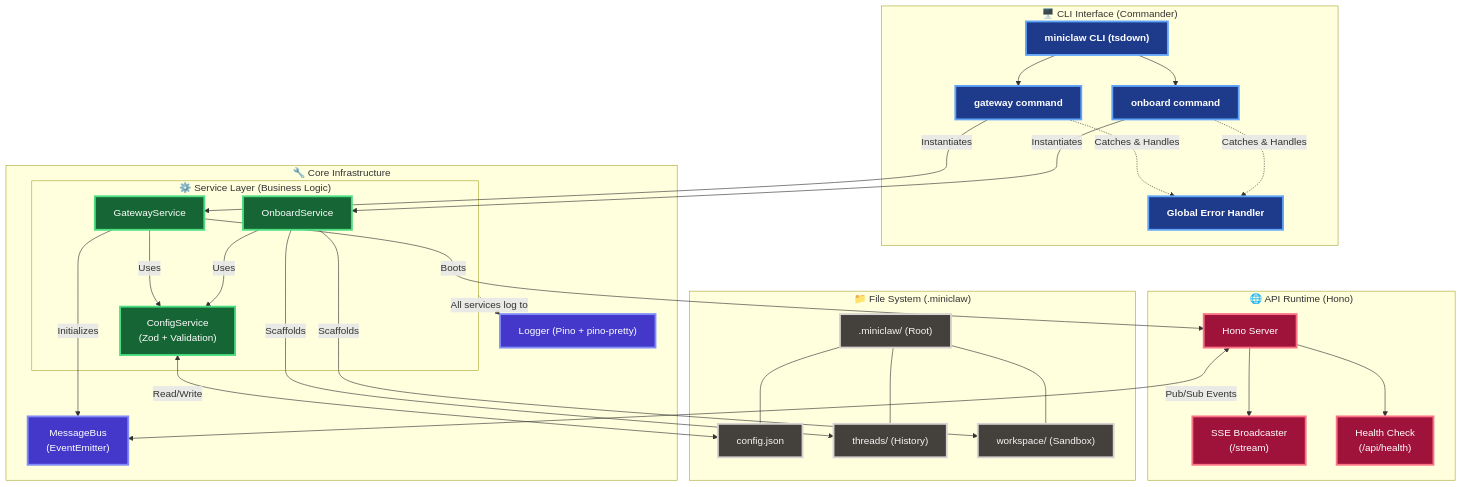
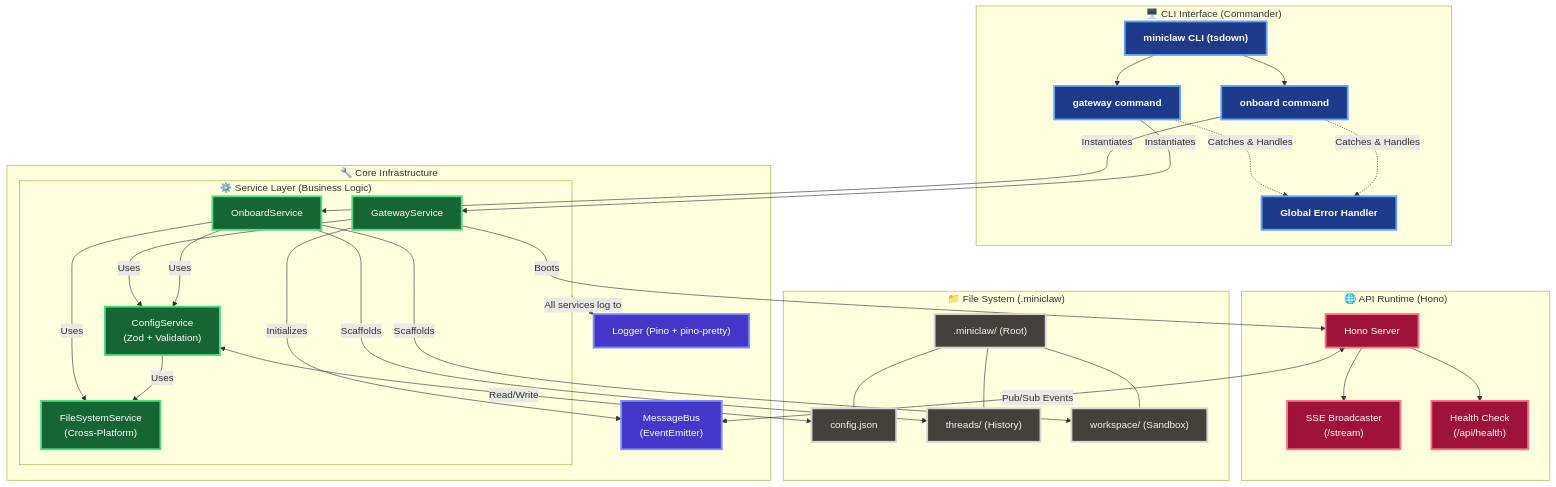
The diagram in miniclaw/docs/feature-tracker.md (zAcherttp/nanobot), drawn with Mermaid before and after one commit. The commit also changed other lines of this file, not shown here.

Commit message:
docs: Add FileSystemService documentation

```diff
--- a/miniclaw/docs/feature-tracker.md
+++ b/miniclaw/docs/feature-tracker.md
@@ -27,12 +27,15 @@
         GatewaySvc["GatewayService"]
         OnboardSvc["OnboardService"]
         ConfigSvc["ConfigService<br/>(Zod + Validation)"]
+        FileSystemSvc["FileSystemService<br/>(Cross-Platform)"]
         
         GatewayCmd -->|"Instantiates"| GatewaySvc
         OnboardCmd -->|"Instantiates"| OnboardSvc
         
         GatewaySvc -->|"Uses"| ConfigSvc
         OnboardSvc -->|"Uses"| ConfigSvc
+        OnboardSvc -->|"Uses"| FileSystemSvc
+        ConfigSvc -->|"Uses"| FileSystemSvc
     end
 
     %% =============================================
@@ -87,7 +90,7 @@
     classDef fs fill:#44403c, color:#f5f5f4, stroke:#d6d3d1, stroke-width:3px;
 
     class Index,GatewayCmd,OnboardCmd,GlobalErr cli;
-    class GatewaySvc,OnboardSvc,ConfigSvc svc;
+    class GatewaySvc,OnboardSvc,ConfigSvc,FileSystemSvc svc;
     class Bus,Logger core;
     class HonoApp,SSE,Health api;
     class MiniclawDir,ConfigJSON,ThreadsDir,WorkspaceDir fs;
```
